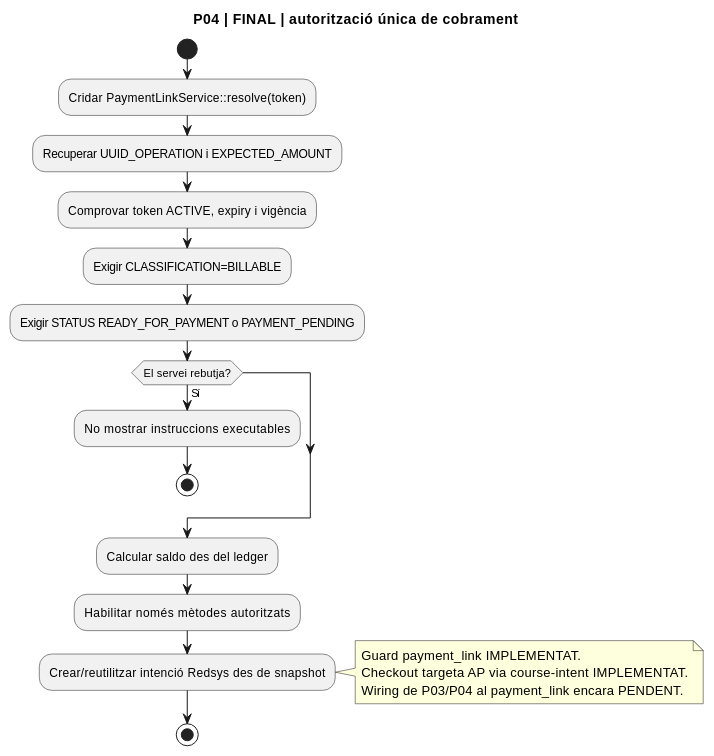
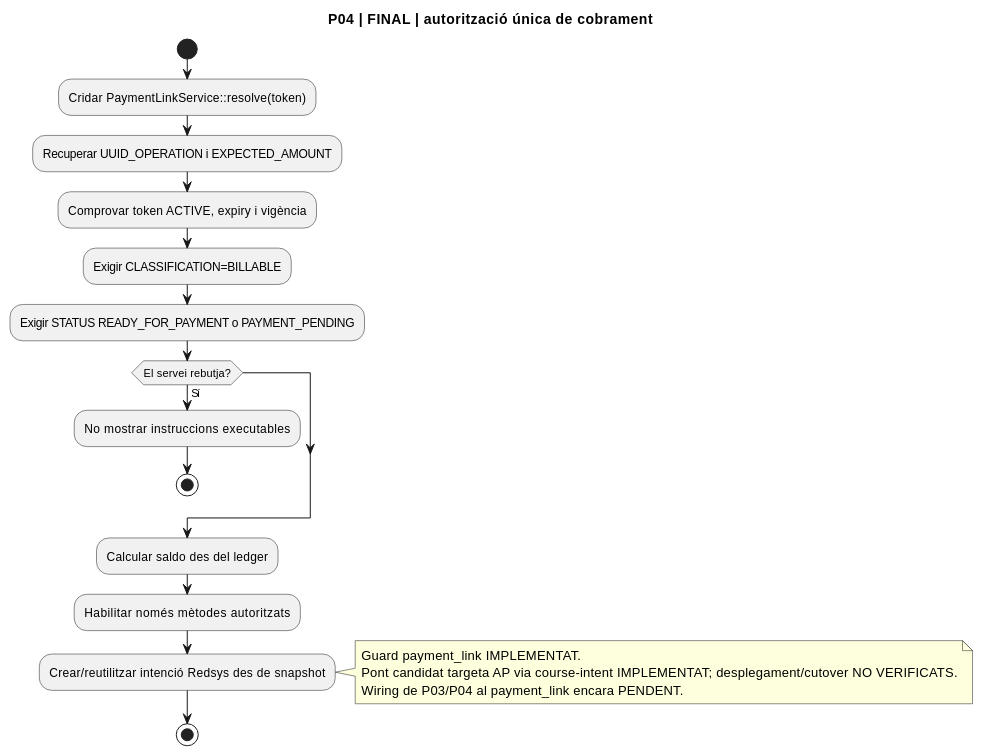
One commit to orgmeriemprismacat-del/verifactu changed diagram 16 of 25 in documentacio/07-uml-integrat/uc-020-activitats-pagines-actual-final.md. Above: the diagram before and after it, drawn with PlantUML. The commit also changed other lines of this file, not shown here.

Commit message:
docs(UC-020): corregir activitats P03-P04 runtime/pont

````diff
--- a/documentacio/07-uml-integrat/uc-020-activitats-pagines-actual-final.md
+++ b/documentacio/07-uml-integrat/uc-020-activitats-pagines-actual-final.md
@@ -380,24 +380,24 @@
 ```plantuml
 @startuml
 title P04 | FINAL | autorització única de cobrament
 start
 :Cridar PaymentLinkService::resolve(token);
 :Recuperar UUID_OPERATION i EXPECTED_AMOUNT;
 :Comprovar token ACTIVE, expiry i vigència;
 :Exigir CLASSIFICATION=BILLABLE;
 :Exigir STATUS READY_FOR_PAYMENT o PAYMENT_PENDING;
 if (El servei rebutja?) then (Sí)
  :No mostrar instruccions executables;
  stop
 endif
 :Calcular saldo des del ledger;
 :Habilitar només mètodes autoritzats;
 :Crear/reutilitzar intenció Redsys des de snapshot;
 note right
   Guard payment_link IMPLEMENTAT.
-  Checkout targeta AP via course-intent IMPLEMENTAT.
+  Pont candidat targeta AP via course-intent IMPLEMENTAT; desplegament/cutover NO VERIFICATS.
   Wiring de P03/P04 al payment_link encara PENDENT.
 end note
 stop
 @enduml
 ```
````
